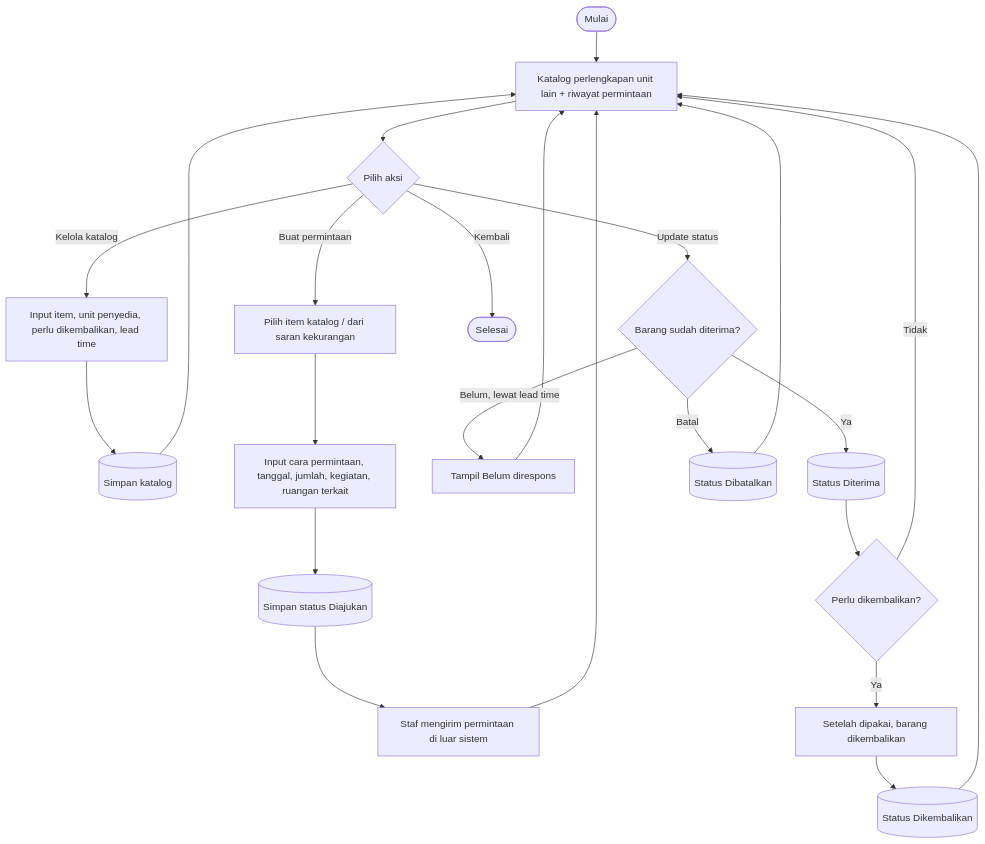
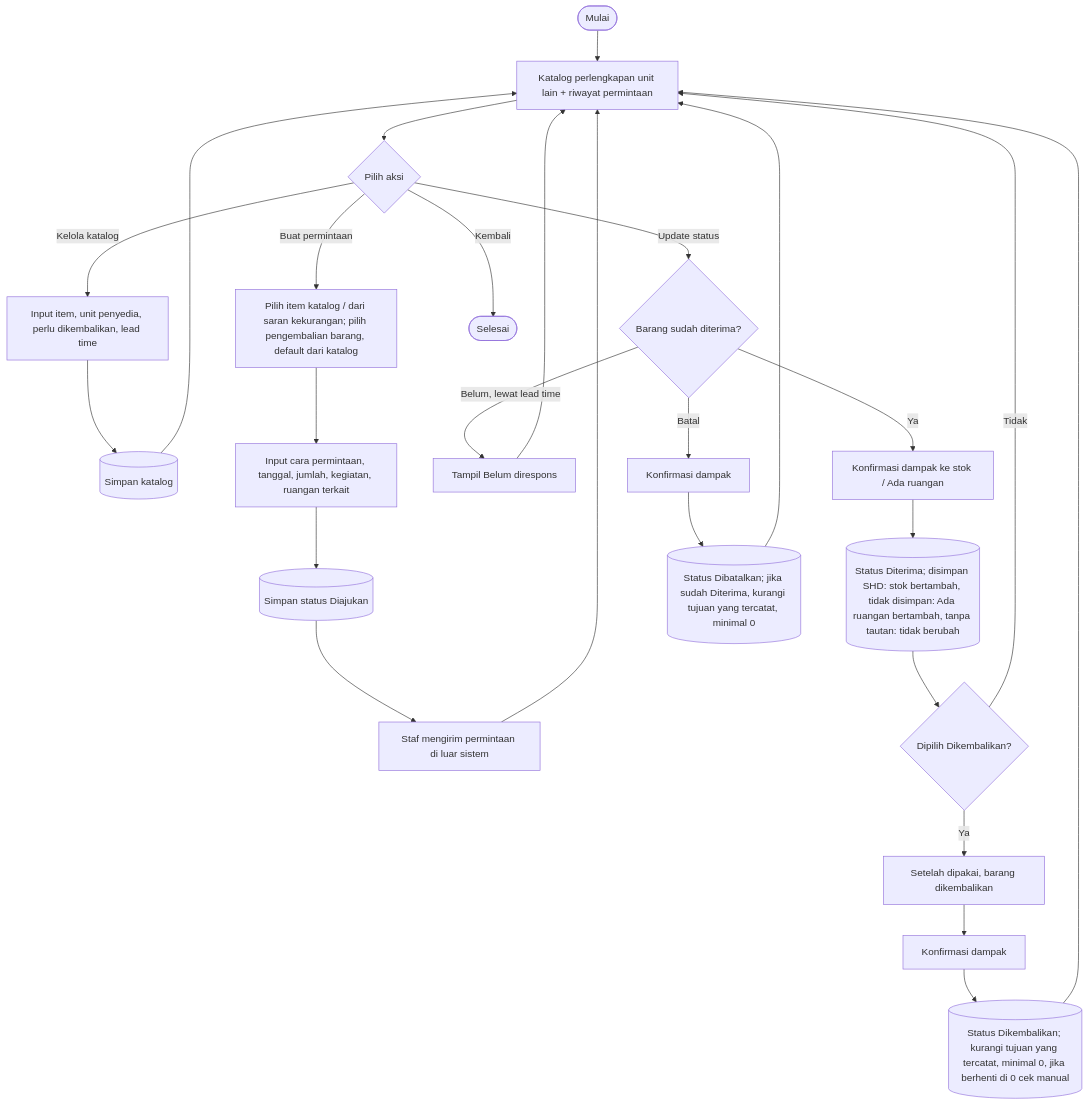
Before and after one commit to mrizqihidayat/system-tracking-asset: the sixth of 7 diagrams in docs/flowchart.md, drawn with Mermaid. The commit also changed other lines of this file and 52 other files, not shown here.

Commit message:
T26j-T26l: permintaan tertaut stok/ruangan, konfirmasi dampak status, pilihan dikembalikan, optimasi data gedung & ruangan

````diff
--- a/docs/flowchart.md
+++ b/docs/flowchart.md
@@ -192,21 +188,24 @@
 ```mermaid
 flowchart TD
     A([Mulai]) --> B[Katalog perlengkapan unit lain + riwayat permintaan]
     B --> C{Pilih aksi}
 
     C -- Kelola katalog --> K1[Input item, unit penyedia, perlu dikembalikan, lead time] --> K2[(Simpan katalog)] --> B
 
-    C -- Buat permintaan --> P1[Pilih item katalog / dari saran kekurangan]
+    C -- Buat permintaan --> P1[Pilih item katalog / dari saran kekurangan; pilih pengembalian barang, default dari katalog]
     P1 --> P2[Input cara permintaan, tanggal, jumlah, kegiatan, ruangan terkait]
     P2 --> P3[(Simpan status Diajukan)]
     P3 --> P4[Staf mengirim permintaan di luar sistem] --> B
 
     C -- Update status --> U1{Barang sudah diterima?}
     U1 -- Belum, lewat lead time --> U2[Tampil Belum direspons] --> B
-    U1 -- Ya --> U3[(Status Diterima)] --> U4{Perlu dikembalikan?}
+    U1 -- Ya --> U8[Konfirmasi dampak ke stok / Ada ruangan]
+    U8 --> U3[(Status Diterima; disimpan SHD: stok bertambah, tidak disimpan: Ada ruangan bertambah, tanpa tautan: tidak berubah)]
+    U3 --> U4{Dipilih Dikembalikan?}
     U4 -- Tidak --> B
-    U4 -- Ya --> U5[Setelah dipakai, barang dikembalikan] --> U6[(Status Dikembalikan)] --> B
-    U1 -- Batal --> U7[(Status Dibatalkan)] --> B
+    U4 -- Ya --> U5[Setelah dipakai, barang dikembalikan] --> U9[Konfirmasi dampak]
+    U9 --> U6[(Status Dikembalikan; kurangi tujuan yang tercatat, minimal 0, jika berhenti di 0 cek manual)] --> B
+    U1 -- Batal --> U10[Konfirmasi dampak] --> U7[(Status Dibatalkan; jika sudah Diterima, kurangi tujuan yang tercatat, minimal 0)] --> B
 
     C -- Kembali --> Z([Selesai])
 ```
````
